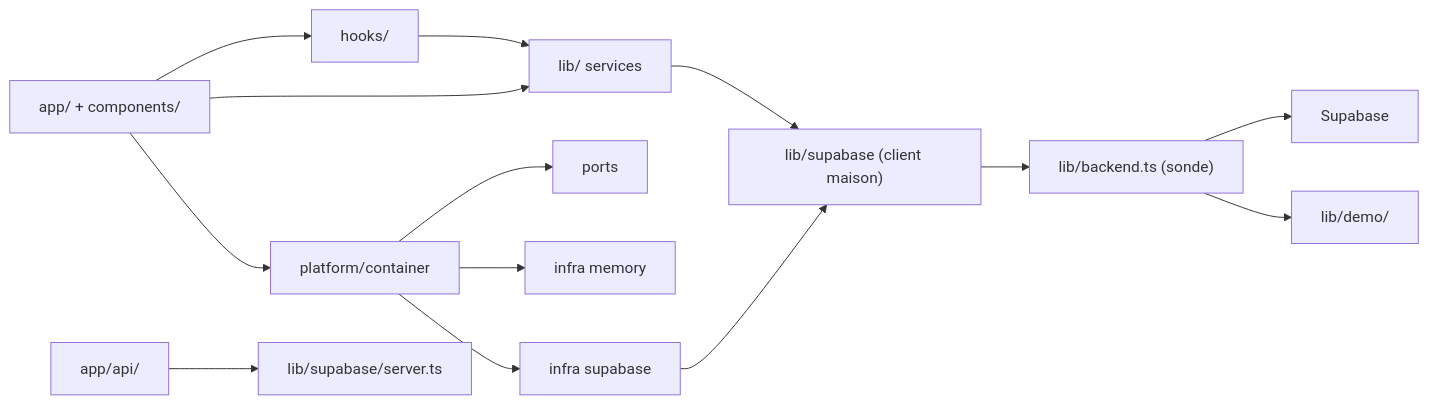
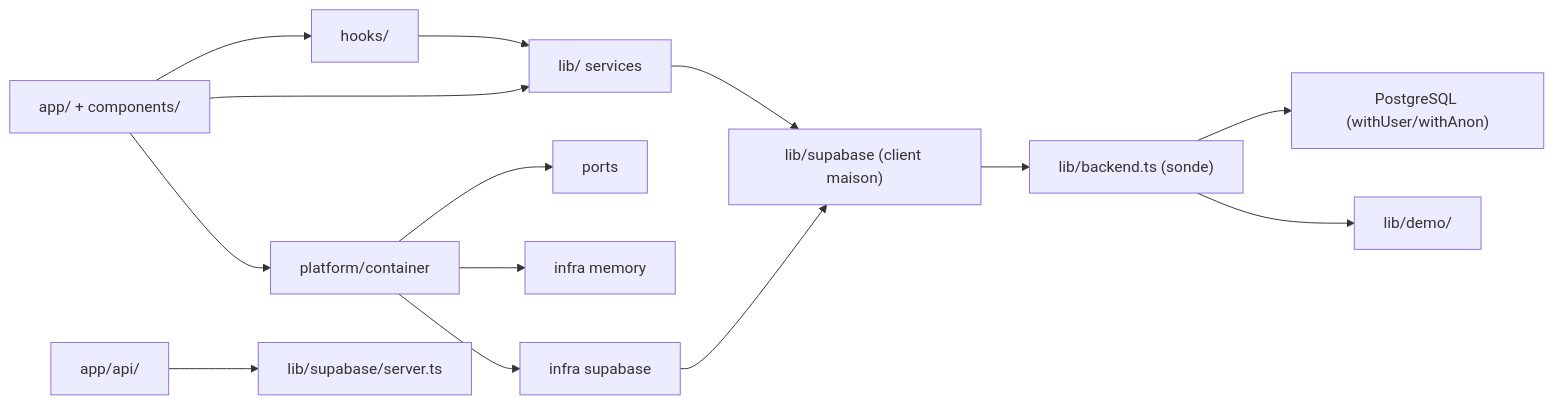
The diagram in docs/FONDATIONS.md (laudesmassamba1-ai/DEVNET), drawn with Mermaid before and after one commit. The commit also changed other lines of this file and 272 other files, not shown here.

Commit message:
Finalise PostgreSQL, l'atelier média et le stockage compressé

````diff
--- a/docs/FONDATIONS.md
+++ b/docs/FONDATIONS.md
@@ -75,16 +75,16 @@
 ```mermaid
 flowchart LR
     UI["app/ + components/"] --> Hook["hooks/"]
     UI --> Svc["lib/ services"]
     Hook --> Svc
     UI --> Platform["platform/container"]
     Platform --> Port["ports"]
     Platform --> InfraMem["infra memory"]
     Platform --> InfraSupa["infra supabase"]
     InfraSupa --> House["lib/supabase (client maison)"]
     Svc --> House
     House --> Probe["lib/backend.ts (sonde)"]
-    Probe --> Live["Supabase"]
+    Probe --> Live["PostgreSQL (withUser/withAnon)"]
     Probe --> Demo["lib/demo/"]
     Route["app/api/"] --> Server["lib/supabase/server.ts"]
 ```
````
